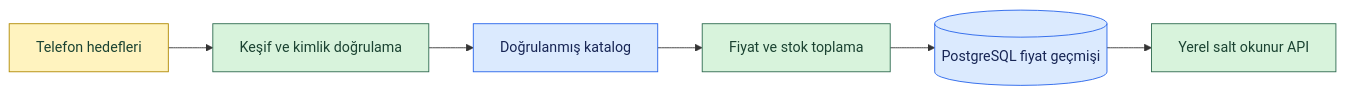
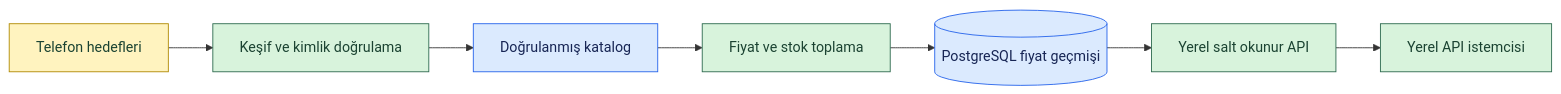
One commit to Emir-Ars/Urun-indirim-takip changed the first of 2 diagrams in README.md. Above: the diagram before and after it, drawn with Mermaid. The commit also changed other lines of this file and 12 other files, not shown here.

Commit message:
Aşama 7.5: yerel API istemcisini ve ortak cevap doğrulamasını ekle

````diff
--- a/README.md
+++ b/README.md
@@ -34,14 +37,15 @@
 ```mermaid
 flowchart LR
     A["Telefon hedefleri"] --> B["Keşif ve kimlik doğrulama"]
     B --> C["Doğrulanmış katalog"]
     C --> D["Fiyat ve stok toplama"]
     D --> E[("PostgreSQL fiyat geçmişi")]
     E --> F["Yerel salt okunur API"]
+    F --> G["Yerel API istemcisi"]
     classDef targets fill:#fff3bf,stroke:#b08900,color:#1b4332
     classDef processing fill:#d8f3dc,stroke:#2d6a4f,color:#1b4332
     classDef records fill:#dbeafe,stroke:#2563eb,color:#172554
     class A targets
-    class B,D,F processing
+    class B,D,F,G processing
     class C,E records
 ```
````
